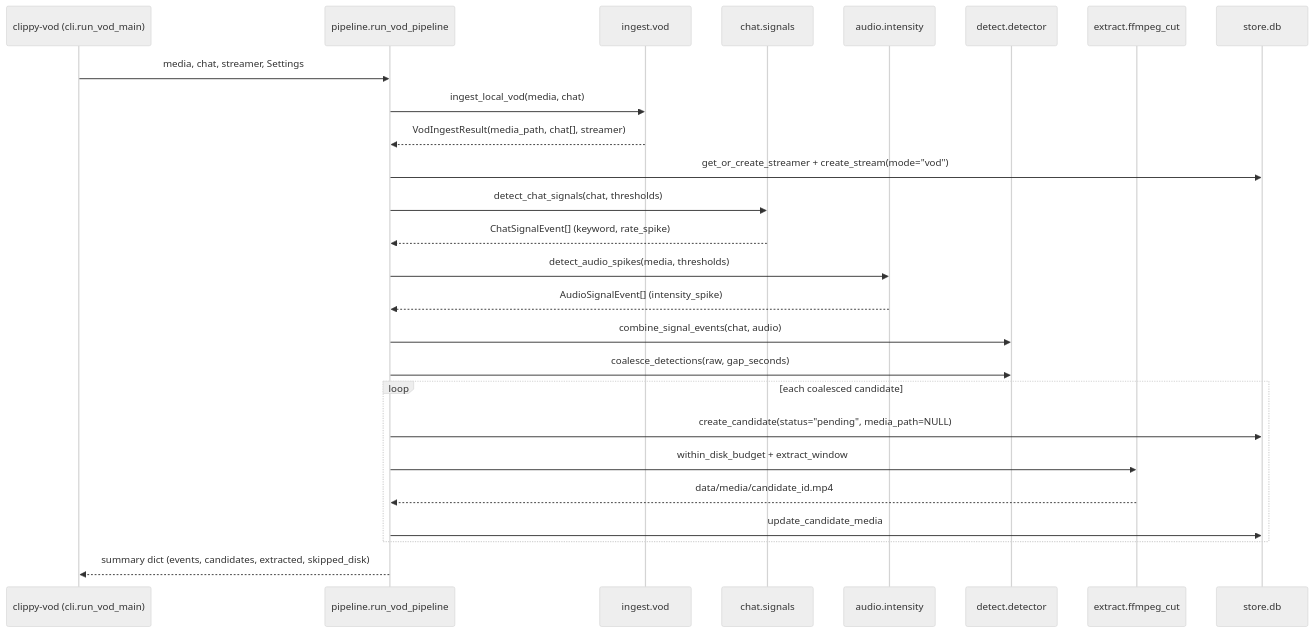
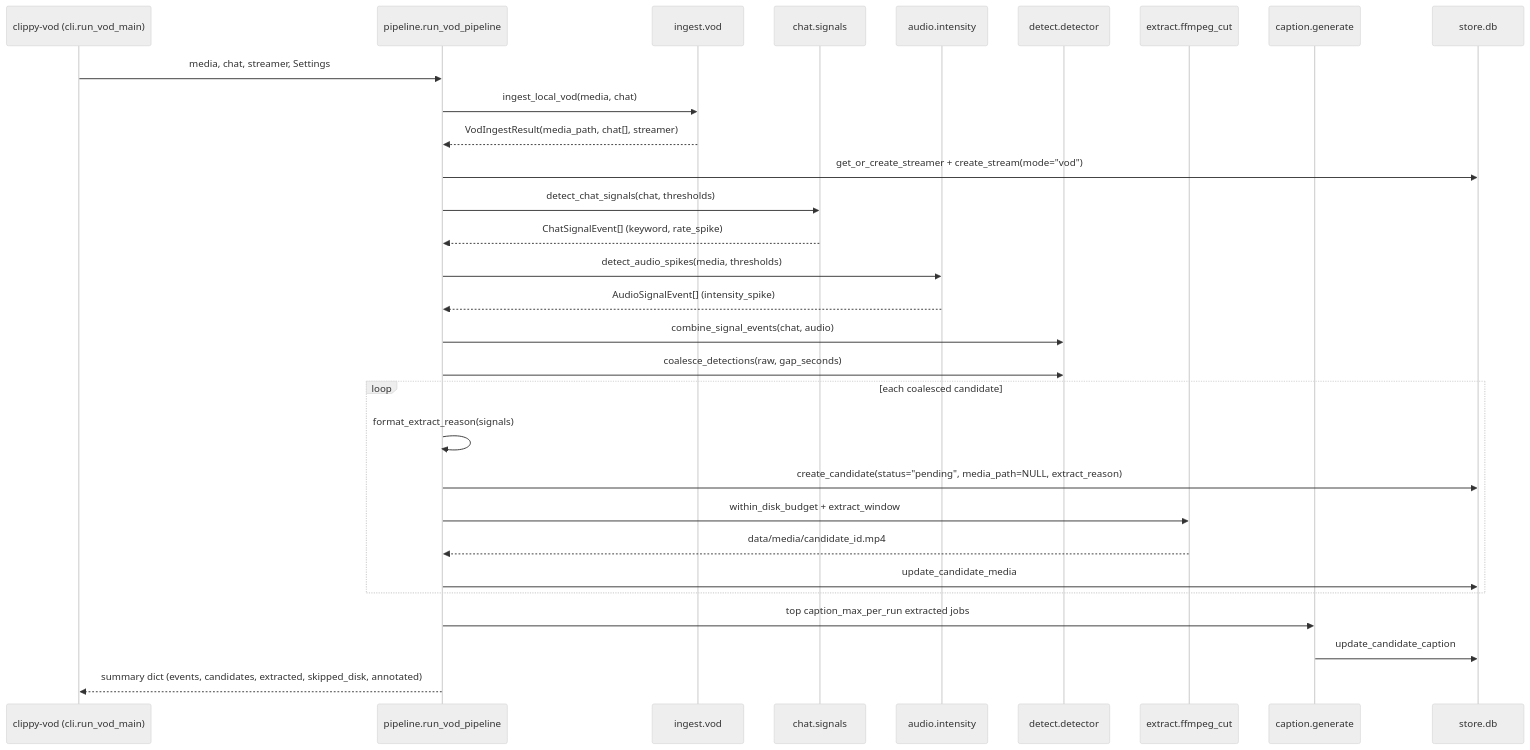
Before and after one commit to vuongj321/clippy: the second of 4 diagrams in docs/architecture.md, drawn with Mermaid (neutral theme). The commit also changed other lines of this file and 1 other file, not shown here.

First line of the commit message:
docs: align docs with caption pipeline

````diff
--- a/docs/architecture.md
+++ b/docs/architecture.md
@@ -64,29 +69,33 @@
 ```mermaid
 sequenceDiagram
   participant CLI as clippy-vod (cli.run_vod_main)
   participant P as pipeline.run_vod_pipeline
   participant I as ingest.vod
   participant C as chat.signals
   participant A as audio.intensity
   participant D as detect.detector
   participant E as extract.ffmpeg_cut
+  participant Cap as caption.generate
   participant DB as store.db
 
   CLI->>P: media, chat, streamer, Settings
   P->>I: ingest_local_vod(media, chat)
   I-->>P: VodIngestResult(media_path, chat[], streamer)
   P->>DB: get_or_create_streamer + create_stream(mode="vod")
   P->>C: detect_chat_signals(chat, thresholds)
   C-->>P: ChatSignalEvent[] (keyword, rate_spike)
   P->>A: detect_audio_spikes(media, thresholds)
   A-->>P: AudioSignalEvent[] (intensity_spike)
   P->>D: combine_signal_events(chat, audio)
   P->>D: coalesce_detections(raw, gap_seconds)
   loop each coalesced candidate
-    P->>DB: create_candidate(status="pending", media_path=NULL)
+    P->>P: format_extract_reason(signals)
+    P->>DB: create_candidate(status="pending", media_path=NULL, extract_reason)
     P->>E: within_disk_budget + extract_window
     E-->>P: data/media/candidate_id.mp4
     P->>DB: update_candidate_media
   end
-  P-->>CLI: summary dict (events, candidates, extracted, skipped_disk)
+  P->>Cap: top caption_max_per_run extracted jobs
+  Cap->>DB: update_candidate_caption
+  P-->>CLI: summary dict (events, candidates, extracted, skipped_disk, annotated)
 ```
````
